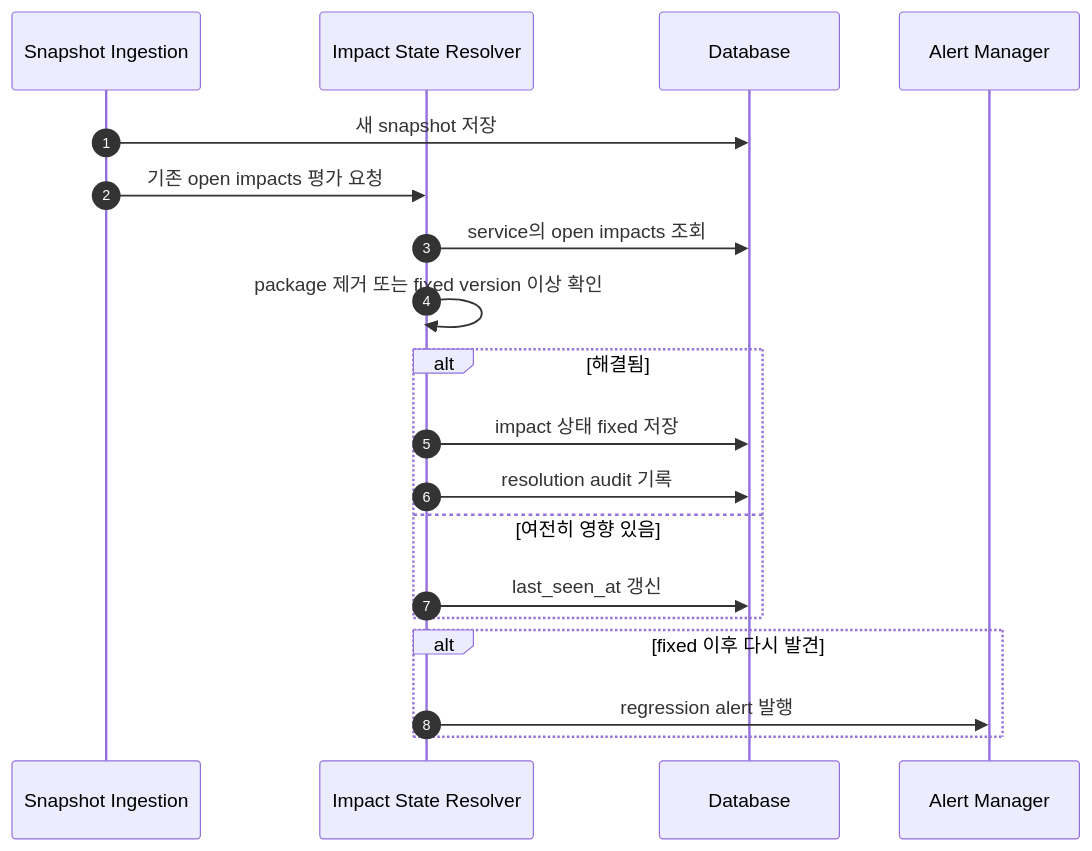
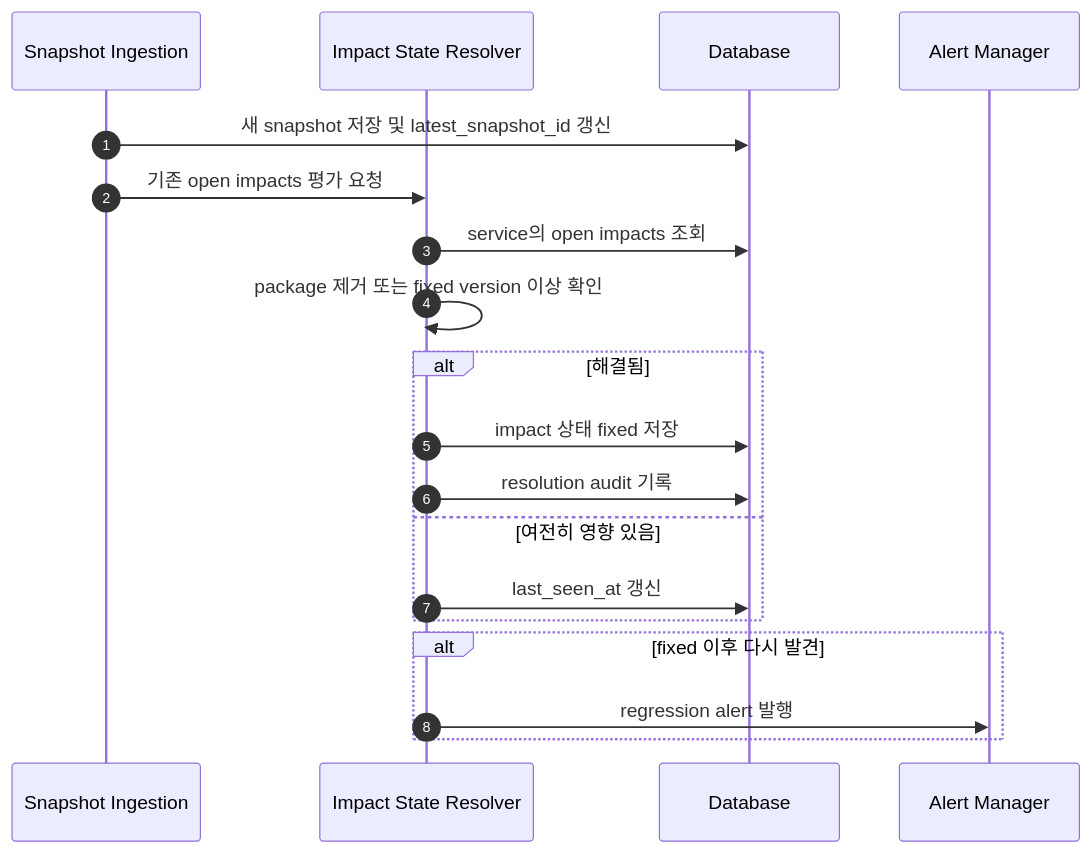
The seventh of 9 diagrams in docs/software-design-specification.md (hkjeon13/sca-monitor), drawn with Mermaid before and after one commit. The commit also changed other lines of this file and 32 other files, not shown here.

````diff
--- a/docs/software-design-specification.md
+++ b/docs/software-design-specification.md
@@ -648,22 +688,22 @@
 ```mermaid
 sequenceDiagram
     autonumber
     participant Ingestion as Snapshot Ingestion
     participant Resolver as Impact State Resolver
     participant DB as Database
     participant Alert as Alert Manager
 
-    Ingestion->>DB: 새 snapshot 저장
+    Ingestion->>DB: 새 snapshot 저장 및 latest_snapshot_id 갱신
     Ingestion->>Resolver: 기존 open impacts 평가 요청
     Resolver->>DB: service의 open impacts 조회
     Resolver->>Resolver: package 제거 또는 fixed version 이상 확인
     alt 해결됨
         Resolver->>DB: impact 상태 fixed 저장
         Resolver->>DB: resolution audit 기록
     else 여전히 영향 있음
         Resolver->>DB: last_seen_at 갱신
     end
     alt fixed 이후 다시 발견
         Resolver->>Alert: regression alert 발행
     end
 ```
````
